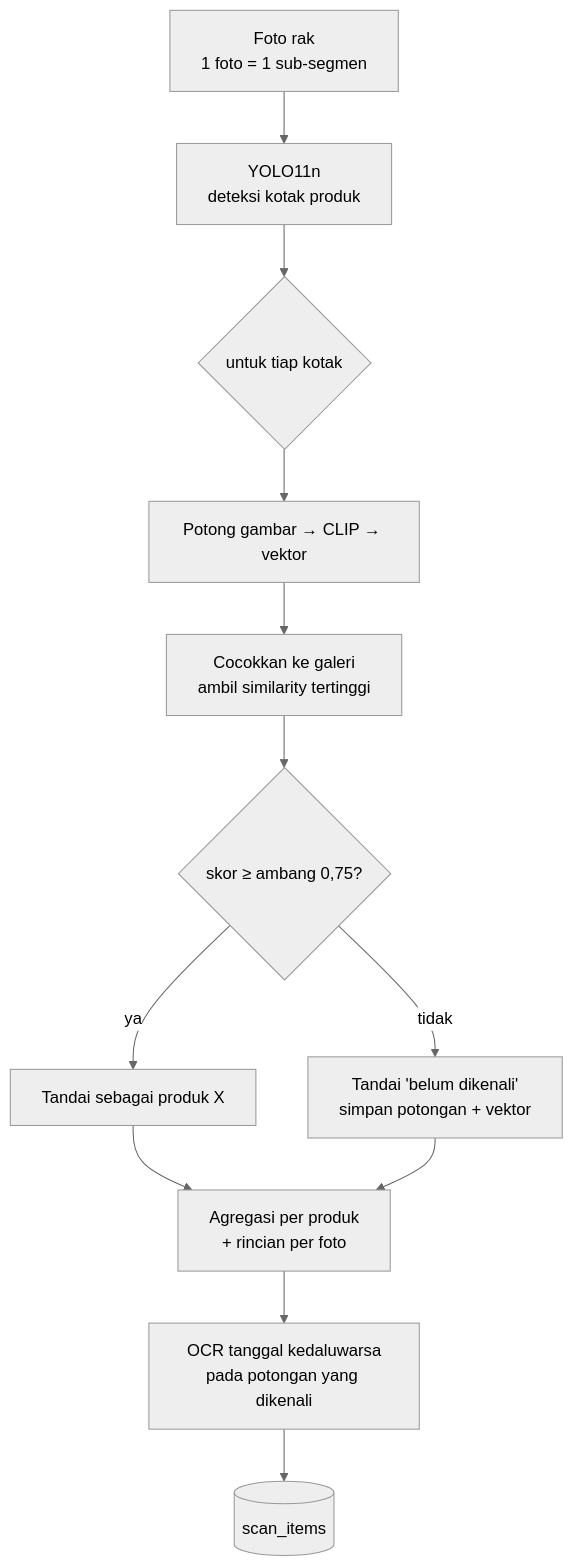
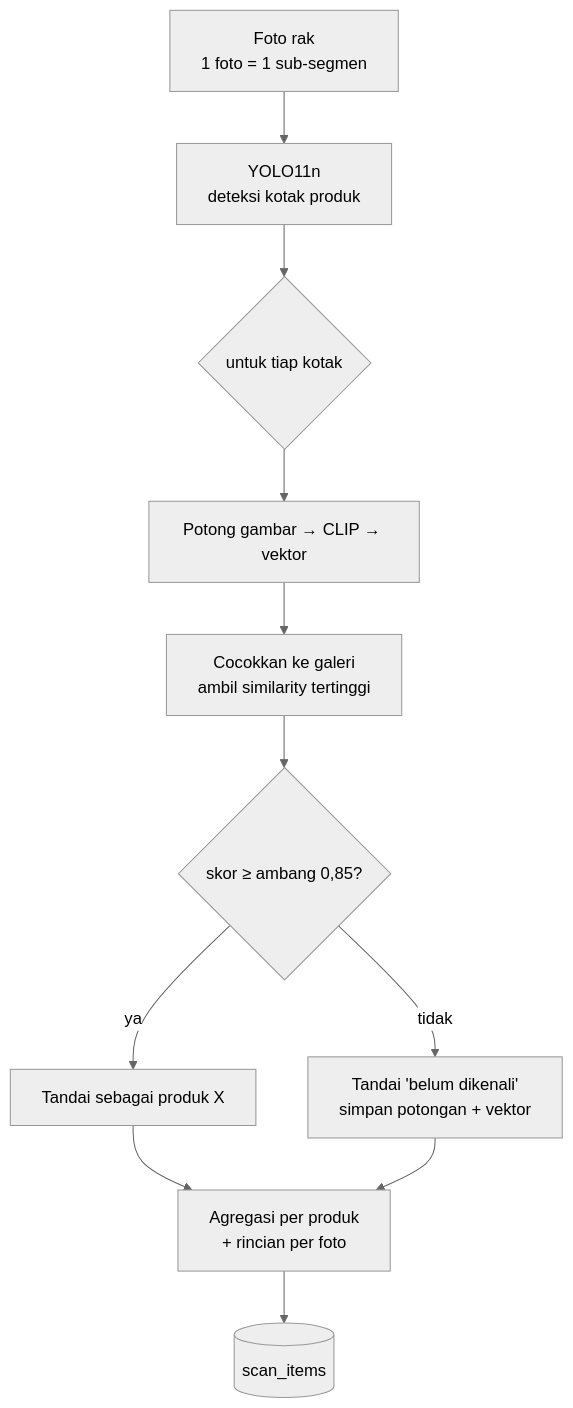
The fourth of 11 diagrams in docs/proposal/DRAFT-PROPOSAL.md (marshal-rizky/Stocklens), drawn with Mermaid (neutral theme) before and after one commit. The commit also changed other lines of this file and 6 other files, not shown here.

````diff
--- a/docs/proposal/DRAFT-PROPOSAL.md
+++ b/docs/proposal/DRAFT-PROPOSAL.md
@@ -195,14 +196,13 @@
 ```mermaid
 flowchart TB
     P1["Foto rak<br/>1 foto = 1 sub-segmen"] --> P2["YOLO11n<br/>deteksi kotak produk"]
     P2 --> P3{"untuk tiap kotak"}
     P3 --> P4["Potong gambar → CLIP → vektor"]
     P4 --> P5["Cocokkan ke galeri<br/>ambil similarity tertinggi"]
-    P5 --> P6{"skor ≥ ambang 0,75?"}
+    P5 --> P6{"skor ≥ ambang 0,85?"}
     P6 -- ya --> P7["Tandai sebagai produk X"]
     P6 -- tidak --> P8["Tandai 'belum dikenali'<br/>simpan potongan + vektor"]
     P7 --> P9["Agregasi per produk<br/>+ rincian per foto"]
     P8 --> P9
-    P9 --> P10["OCR tanggal kedaluwarsa<br/>pada potongan yang dikenali"]
-    P10 --> P11[("scan_items")]
+    P9 --> P10[("scan_items")]
 ```
````
